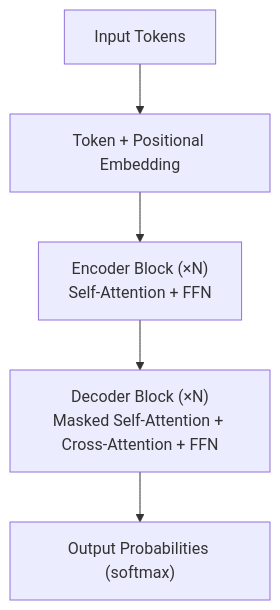
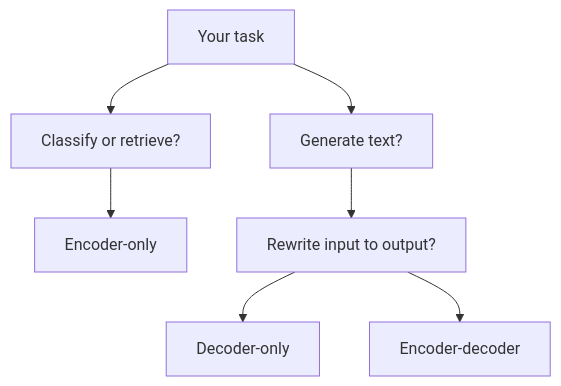
Before and after one commit to grasdouble/sebastien-lemouillour.fr: the diagram in packages/parcels/learn/src/data/content/ia-llm/understanding-llms/transformers.en.md, drawn with Mermaid. The commit also changed other lines of this file and 67 other files, not shown here.

````diff
--- a/packages/parcels/learn/src/data/content/ia-llm/understanding-llms/transformers.en.md
+++ b/packages/parcels/learn/src/data/content/ia-llm/understanding-llms/transformers.en.md
@@ -20,7 +20,9 @@
 ```mermaid
 graph TD
-  Input["Input Tokens"] --> Embed["Token + Positional Embedding"]
-  Embed --> Encoder["Encoder Block (×N)<br/>Self-Attention + FFN"]
-  Encoder --> Decoder["Decoder Block (×N)<br/>Masked Self-Attention + Cross-Attention + FFN"]
-  Decoder --> Output["Output Probabilities (softmax)"]
+  Task["Your task"] --> ChoiceA["Classify or retrieve?"]
+  Task --> ChoiceB["Generate text?"]
+  ChoiceA --> Encoder["Encoder-only"]
+  ChoiceB --> ChoiceC["Rewrite input to output?"]
+  ChoiceC --> Decoder["Decoder-only"]
+  ChoiceC --> Seq2Seq["Encoder-decoder"]
 ```
````
